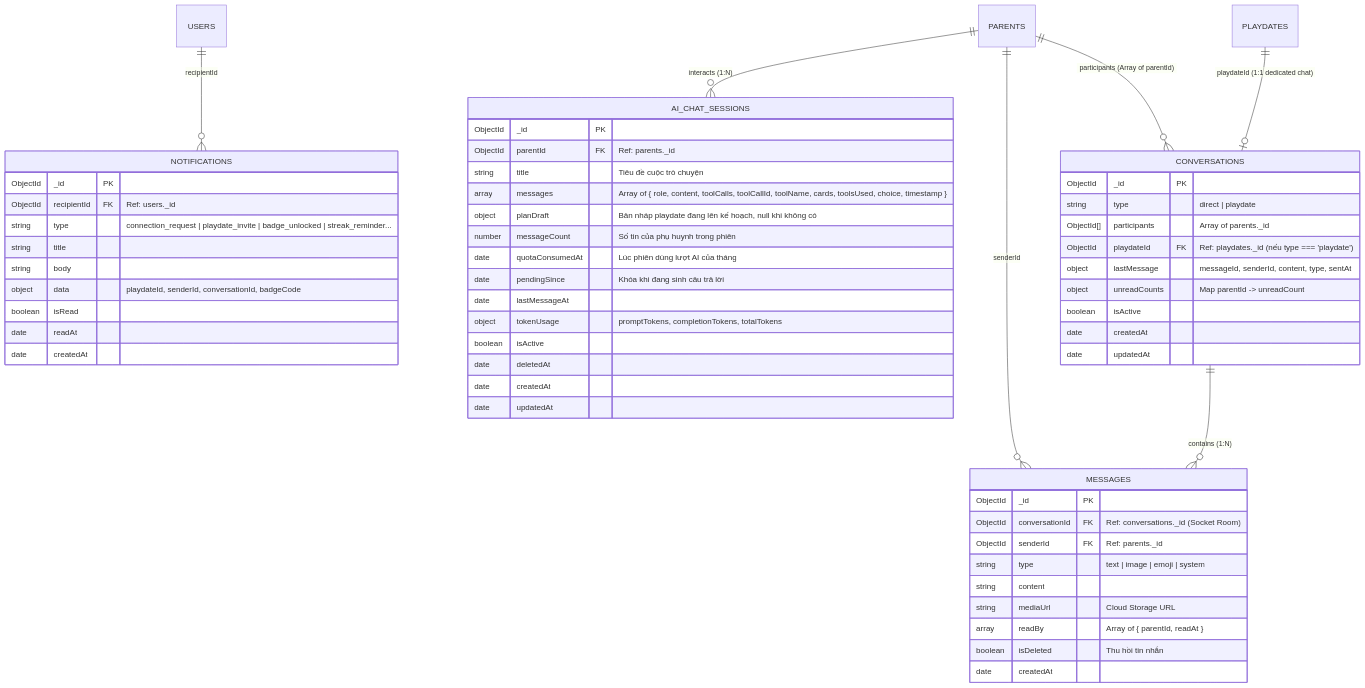
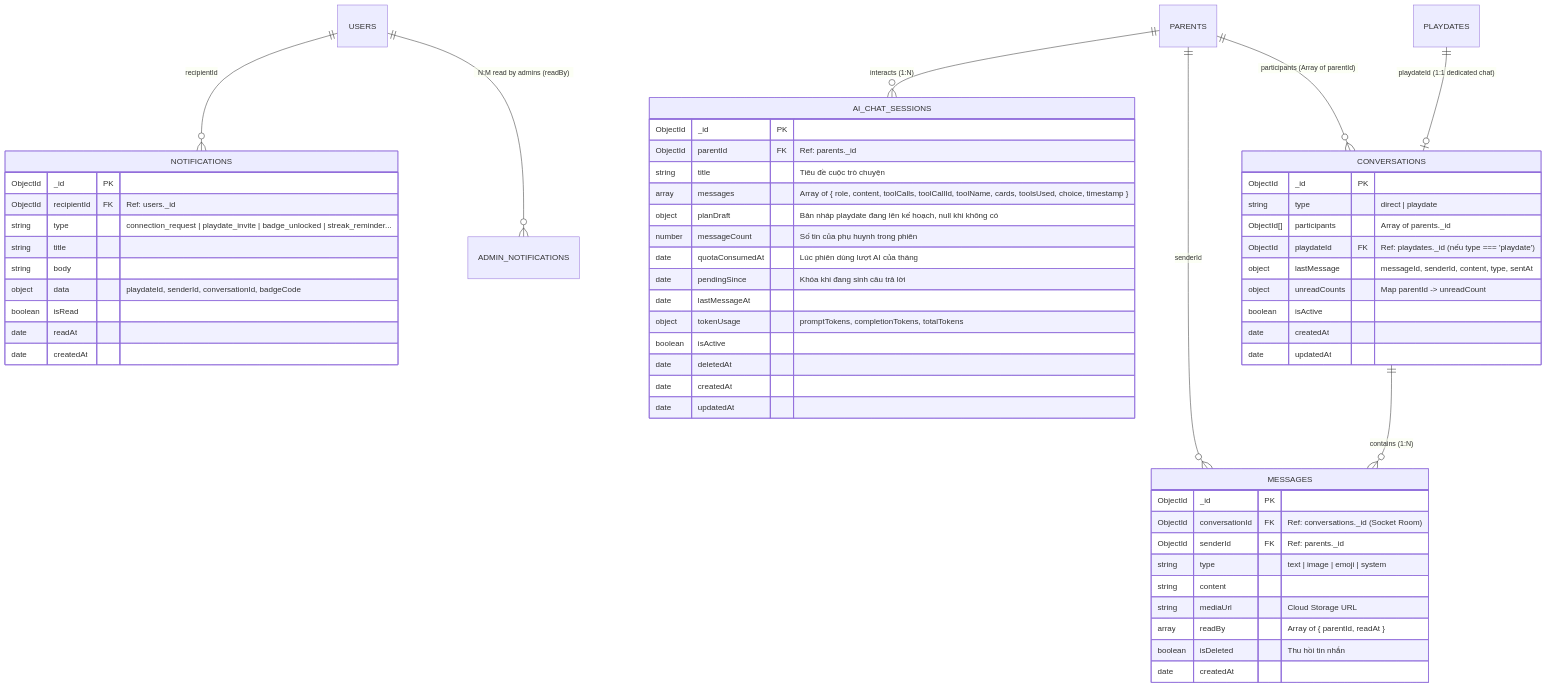
One commit to BuddyLink-Team/Back-End changed the fifth of 8 diagrams in docs/DATABASE_SCHEMA.md. Above: the diagram before and after it, drawn with Mermaid. The commit also changed other lines of this file and 44 other files, not shown here.

````diff
--- a/docs/DATABASE_SCHEMA.md
+++ b/docs/DATABASE_SCHEMA.md
@@ -320,62 +320,63 @@
 ```mermaid
 erDiagram
+    USERS ||--o{ ADMIN_NOTIFICATIONS : "N:M read by admins (readBy)"
     PLAYDATES ||--o| CONVERSATIONS : "playdateId (1:1 dedicated chat)"
     PARENTS ||--o{ CONVERSATIONS : "participants (Array of parentId)"
     CONVERSATIONS ||--o{ MESSAGES : "contains (1:N)"
     PARENTS ||--o{ MESSAGES : "senderId"
     USERS ||--o{ NOTIFICATIONS : "recipientId"
     PARENTS ||--o{ AI_CHAT_SESSIONS : "interacts (1:N)"
 
     CONVERSATIONS {
         ObjectId _id PK
         string type "direct | playdate"
         ObjectId[] participants "Array of parents._id"
         ObjectId playdateId FK "Ref: playdates._id (nếu type === 'playdate')"
         object lastMessage "messageId, senderId, content, type, sentAt"
         object unreadCounts "Map parentId -> unreadCount"
         boolean isActive
         date createdAt
         date updatedAt
     }
 
     MESSAGES {
         ObjectId _id PK
         ObjectId conversationId FK "Ref: conversations._id (Socket Room)"
         ObjectId senderId FK "Ref: parents._id"
         string type "text | image | emoji | system"
         string content
         string mediaUrl "Cloud Storage URL"
         array readBy "Array of { parentId, readAt }"
         boolean isDeleted "Thu hồi tin nhắn"
         date createdAt
     }
 
     NOTIFICATIONS {
         ObjectId _id PK
         ObjectId recipientId FK "Ref: users._id"
         string type "connection_request | playdate_invite | badge_unlocked | streak_reminder..."
         string title
         string body
         object data "playdateId, senderId, conversationId, badgeCode"
         boolean isRead
         date readAt
         date createdAt
     }
 
     AI_CHAT_SESSIONS {
         ObjectId _id PK
         ObjectId parentId FK "Ref: parents._id"
         string title "Tiêu đề cuộc trò chuyện"
         array messages "Array of { role, content, toolCalls, toolCallId, toolName, cards, toolsUsed, choice, timestamp }"
         object planDraft "Bản nháp playdate đang lên kế hoạch, null khi không có"
         number messageCount "Số tin của phụ huynh trong phiên"
         date quotaConsumedAt "Lúc phiên dùng lượt AI của tháng"
         date pendingSince "Khóa khi đang sinh câu trả lời"
         date lastMessageAt
         object tokenUsage "promptTokens, completionTokens, totalTokens"
         boolean isActive
         date deletedAt
         date createdAt
         date updatedAt
     }
 ```
````
